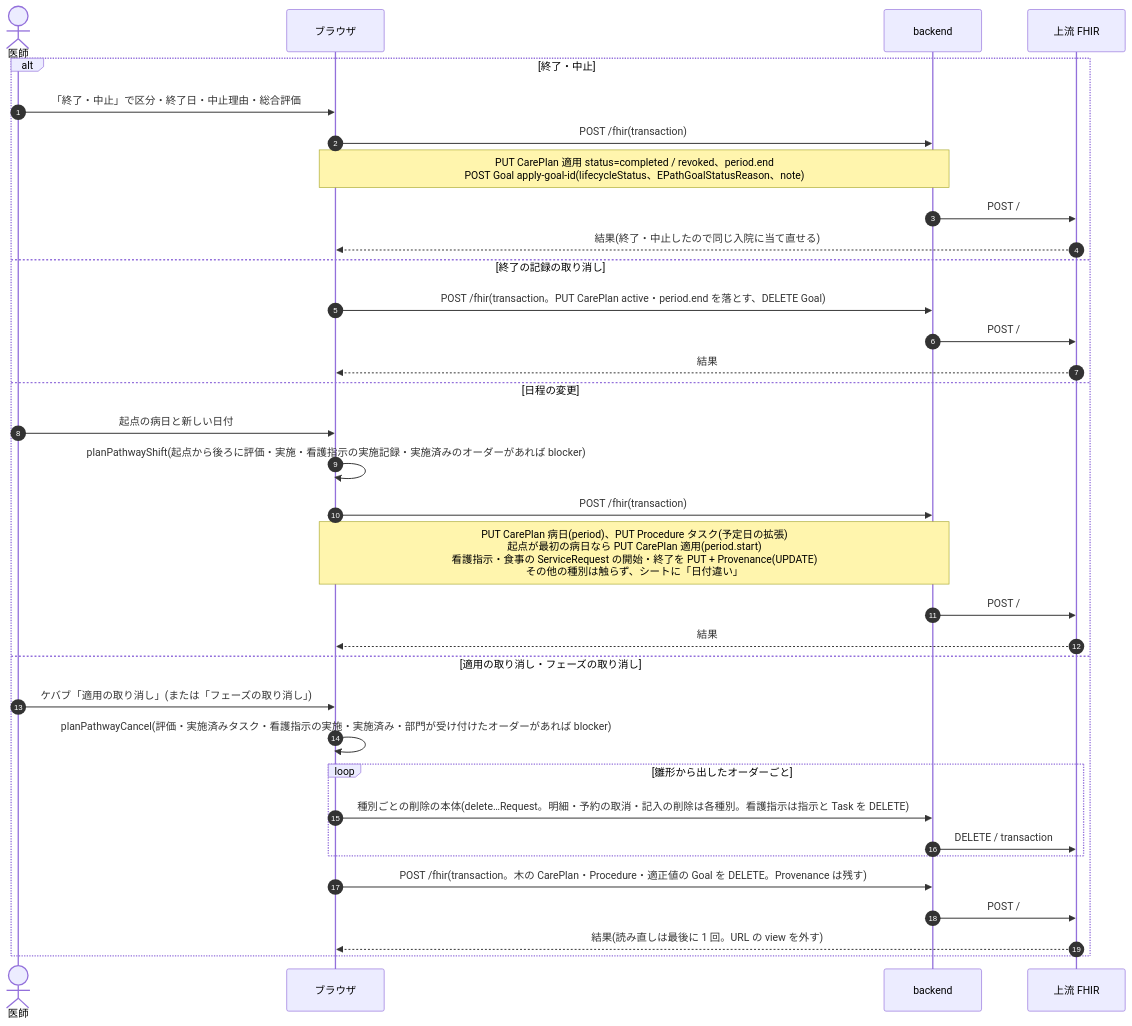
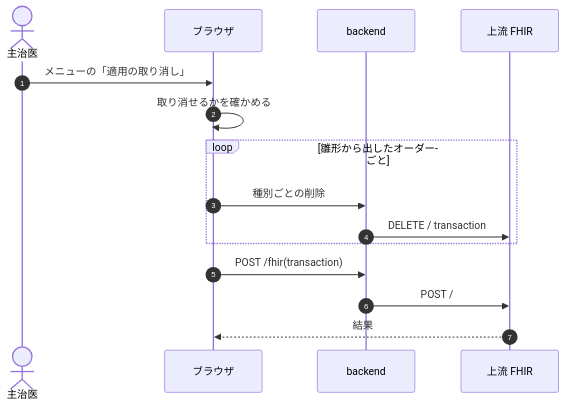
Diagram 12 of 12 in docs/dev/clinical-pathway.md (ysnr-dev/fhir-client-docs), drawn with Mermaid before and after one commit. The commit also changed other lines of this file and 43 other files, not shown here.

Commit message:
docs: 業務フローとシーケンス図を写し直し

````diff
--- a/docs/dev/clinical-pathway.md
+++ b/docs/dev/clinical-pathway.md
@@ -212,37 +611,18 @@
 ```mermaid
 sequenceDiagram
   autonumber
-  actor Dr as 医師
+  actor Dr as 主治医
   participant UI as ブラウザ
   participant BE as backend
   participant FHIR as 上流 FHIR
 
-  alt 終了・中止
-    Dr->>UI: 「終了・中止」で区分・終了日・中止理由・総合評価
-    UI->>BE: POST /fhir(transaction)
-    Note over UI,BE: PUT CarePlan 適用 status=completed / revoked、period.end<br/>POST Goal apply-goal-id(lifecycleStatus、EPathGoalStatusReason、note)
-    BE->>FHIR: POST /
-    FHIR-->>UI: 結果(終了・中止したので同じ入院に当て直せる)
-  else 終了の記録の取り消し
-    UI->>BE: POST /fhir(transaction。PUT CarePlan active・period.end を落とす、DELETE Goal)
-    BE->>FHIR: POST /
-    FHIR-->>UI: 結果
-  else 日程の変更
-    Dr->>UI: 起点の病日と新しい日付
-    UI->>UI: planPathwayShift(起点から後ろに評価・実施・看護指示の実施記録・実施済みのオーダーがあれば blocker)
-    UI->>BE: POST /fhir(transaction)
-    Note over UI,BE: PUT CarePlan 病日(period)、PUT Procedure タスク(予定日の拡張)<br/>起点が最初の病日なら PUT CarePlan 適用(period.start)<br/>看護指示・食事の ServiceRequest の開始・終了を PUT + Provenance(UPDATE)<br/>その他の種別は触らず、シートに「日付違い」
-    BE->>FHIR: POST /
-    FHIR-->>UI: 結果
-  else 適用の取り消し・フェーズの取り消し
-    Dr->>UI: ケバブ「適用の取り消し」(または「フェーズの取り消し」)
-    UI->>UI: planPathwayCancel(評価・実施済みタスク・看護指示の実施・実施済み・部門が受け付けたオーダーがあれば blocker)
-    loop 雛形から出したオーダーごと
-      UI->>BE: 種別ごとの削除の本体(delete…Request。明細・予約の取消・記入の削除は各種別。看護指示は指示と Task を DELETE)
-      BE->>FHIR: DELETE / transaction
-    end
-    UI->>BE: POST /fhir(transaction。木の CarePlan・Procedure・適正値の Goal を DELETE。Provenance は残す)
-    BE->>FHIR: POST /
-    FHIR-->>UI: 結果(読み直しは最後に 1 回。URL の view を外す)
+  Dr->>UI: メニューの「適用の取り消し」
+  UI->>UI: 取り消せるかを確かめる
+  loop 雛形から出したオーダーごと
+    UI->>BE: 種別ごとの削除
+    BE->>FHIR: DELETE / transaction
   end
+  UI->>BE: POST /fhir(transaction)
+  BE->>FHIR: POST /
+  FHIR-->>UI: 結果
 ```
````
